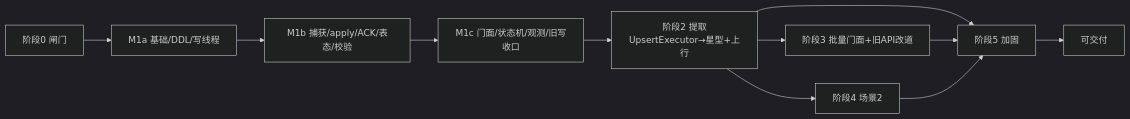
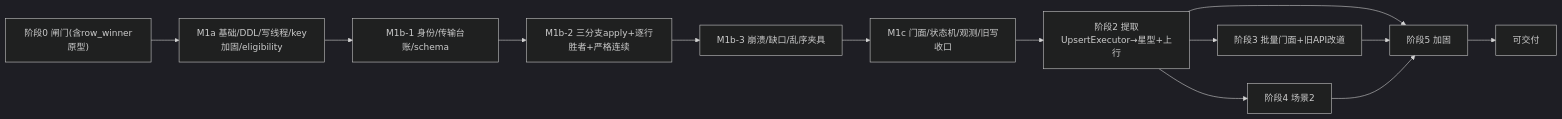
The first of 2 diagrams in specs/SQLite-同步工具-plan.md (055liufl/excelproject), drawn with Mermaid (dark theme) before and after one commit. The commit also changed other lines of this file, not shown here.

````diff
--- a/specs/SQLite-同步工具-plan.md
+++ b/specs/SQLite-同步工具-plan.md
@@ -28,13 +29,15 @@
 ```mermaid
 graph LR
-    P0["阶段0 闸门"] --> M1a["M1a 基础/DDL/写线程"]
-    M1a --> M1b["M1b 捕获/apply/ACK/表态/校验"]
-    M1b --> M1c["M1c 门面/状态机/观测/旧写收口"]
+    P0["阶段0 闸门(含row_winner原型)"] --> M1a["M1a 基础/DDL/写线程/key加固/eligibility"]
+    M1a --> M1b1["M1b-1 身份/传输台账/schema"]
+    M1b1 --> M1b2["M1b-2 三分支apply+逐行胜者+严格连续"]
+    M1b2 --> M1b3["M1b-3 崩溃/缺口/乱序夹具"]
+    M1b3 --> M1c["M1c 门面/状态机/观测/旧写收口"]
     M1c --> P2["阶段2 提取UpsertExecutor→星型+上行"]
     P2 --> P3["阶段3 批量门面+旧API改道"]
     P2 --> P4["阶段4 场景2"]
     P2 --> P5["阶段5 加固"]
     P3 --> P5
     P4 --> P5
     P5 --> DONE["可交付"]
 ```
````
